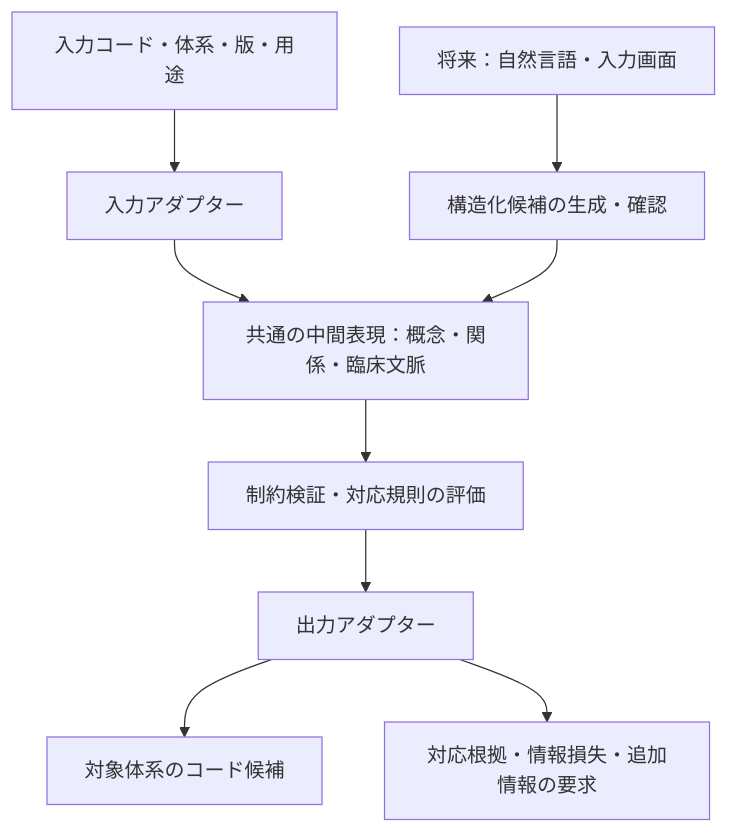
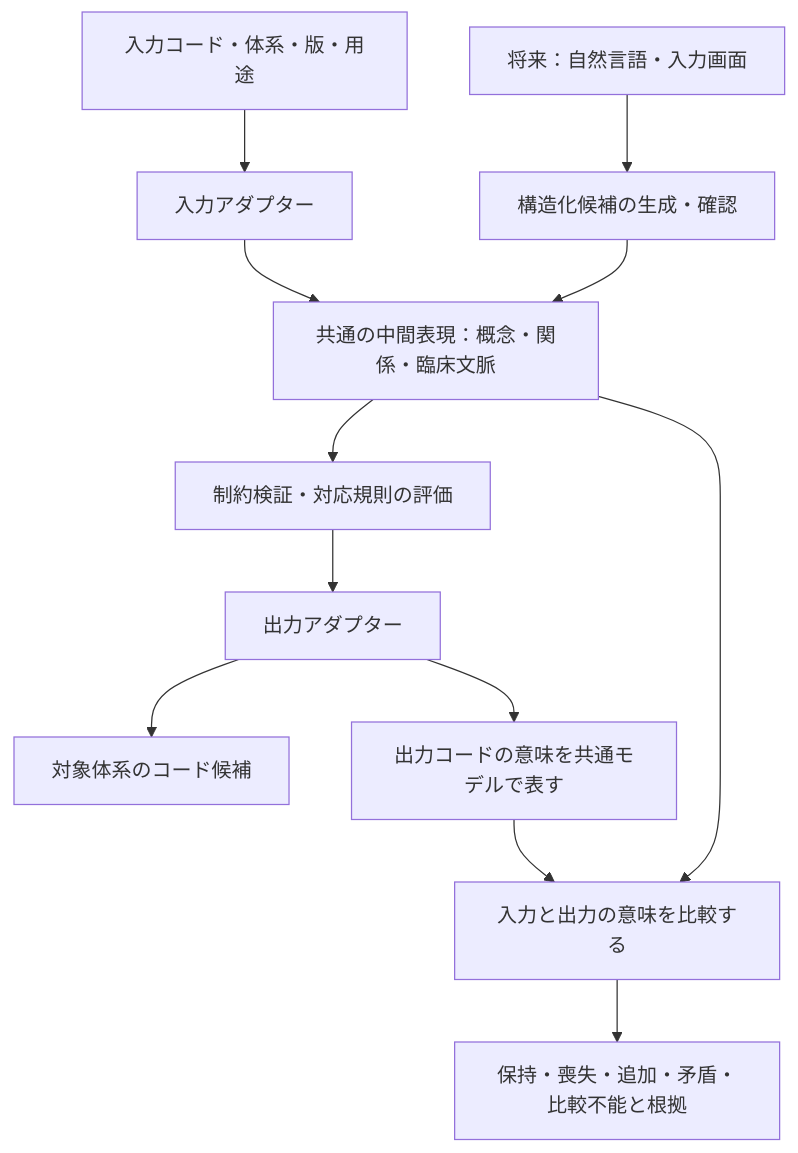
The diagram in README.md (yuwayanagitani/med-dsl), drawn with Mermaid before and after one commit. The commit also changed other lines of this file and 7 other files, not shown here.

````diff
--- a/README.md
+++ b/README.md
@@ -15,11 +17,14 @@
 ```mermaid
 flowchart TD
     A["入力コード・体系・版・用途"] --> B["入力アダプター"]
     B --> C["共通の中間表現：概念・関係・臨床文脈"]
     C --> D["制約検証・対応規則の評価"]
     D --> E["出力アダプター"]
     E --> F["対象体系のコード候補"]
-    E --> G["対応根拠・情報損失・追加情報の要求"]
+    E --> J["出力コードの意味を共通モデルで表す"]
+    C --> K["入力と出力の意味を比較する"]
+    J --> K
+    K --> G["保持・喪失・追加・矛盾・比較不能と根拠"]
     H["将来：自然言語・入力画面"] --> I["構造化候補の生成・確認"]
     I --> C
 ```
````
